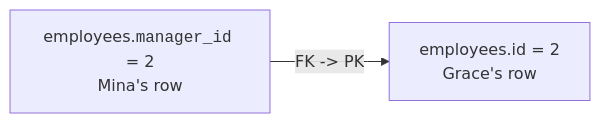
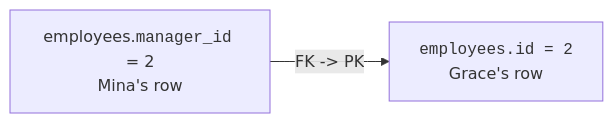
The third of 6 diagrams in content/learn/database-design-postgresql/self-referencing-relationships.mdx (dataslope/dataslope), drawn with Mermaid before and after one commit. The commit also changed 100 other files, not shown here.

First line of the commit message:
Wrap more code in diagram labels: filenames, hex, assignments, subgraph titles

````diff
--- a/content/learn/database-design-postgresql/self-referencing-relationships.mdx
+++ b/content/learn/database-design-postgresql/self-referencing-relationships.mdx
@@ -47,4 +47,4 @@
 ```mermaid
 flowchart LR
-    Child["employees.<code>manager_id</code> = 2<br/>Mina's row"] -->|"FK -> PK"| Parent["employees.id = 2<br/>Grace's row"]
+    Child["employees.<code>manager_id</code> = 2<br/>Mina's row"] -->|"FK -> PK"| Parent["<code>employees.id = 2</code><br/>Grace's row"]
 ```
````
